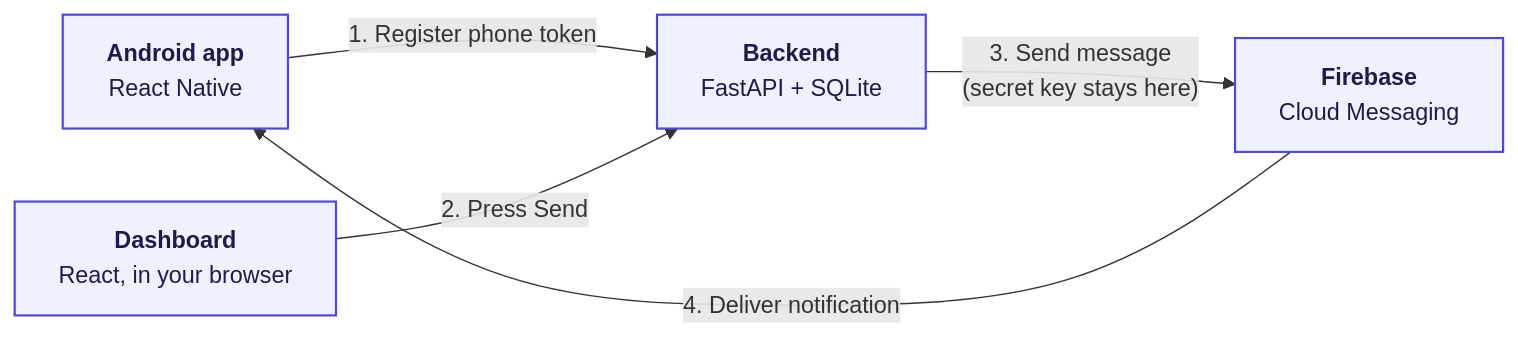
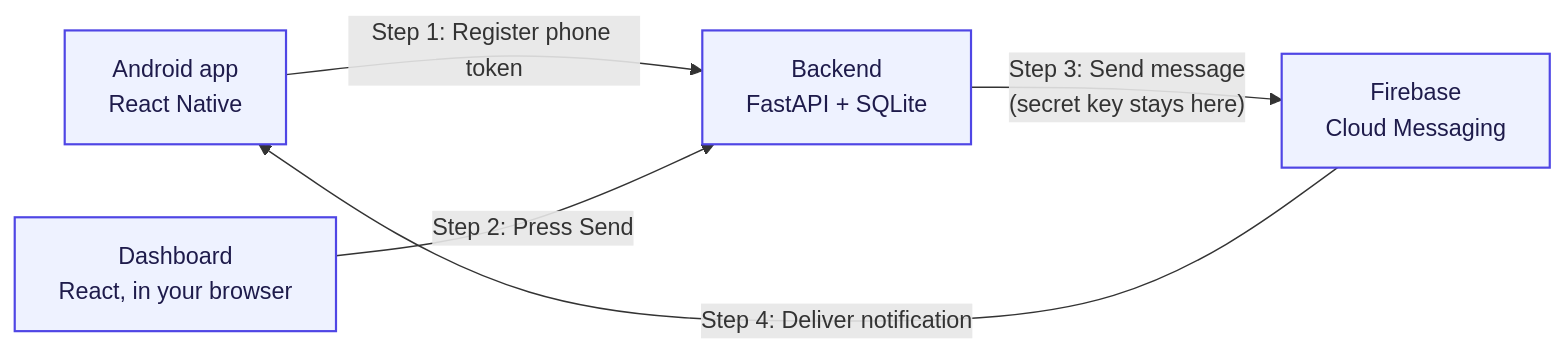
The diagram in README.md (sohaib-khan-me/push-notification), drawn with Mermaid before and after one commit.

Commit message:
README: fix Mermaid diagram so GitHub can render it

````diff
--- a/README.md
+++ b/README.md
@@ -5,15 +5,15 @@
 ```mermaid
 flowchart LR
-    P["<b>Android app</b><br/>React Native"]
-    D["<b>Dashboard</b><br/>React, in your browser"]
-    B["<b>Backend</b><br/>FastAPI + SQLite"]
-    F["<b>Firebase</b><br/>Cloud Messaging"]
+    P["Android app<br/>React Native"]
+    D["Dashboard<br/>React, in your browser"]
+    B["Backend<br/>FastAPI + SQLite"]
+    F["Firebase<br/>Cloud Messaging"]
 
-    P -- "1. Register phone token" --> B
-    D -- "2. Press Send" --> B
-    B -- "3. Send message<br/>(secret key stays here)" --> F
-    F -- "4. Deliver notification" --> P
+    P -->|"Step 1: Register phone token"| B
+    D -->|"Step 2: Press Send"| B
+    B -->|"Step 3: Send message<br/>(secret key stays here)"| F
+    F -->|"Step 4: Deliver notification"| P
 
-    classDef box fill:#eef2ff,stroke:#4f46e5,stroke-width:1.5px,color:#1e1b4b;
-    class P,D,B,F box;
+    classDef box fill:#eef2ff,stroke:#4f46e5,stroke-width:1.5px,color:#1e1b4b
+    class P,D,B,F box
 ```
````
